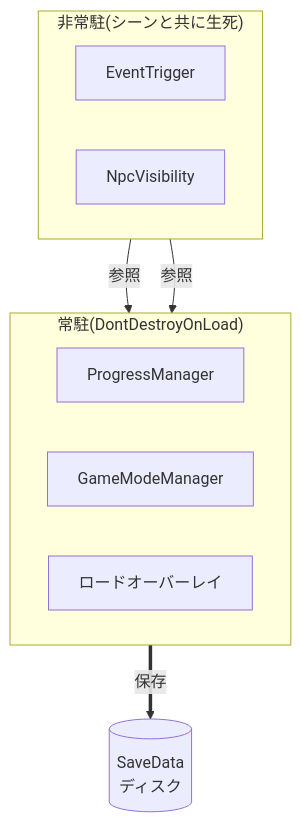
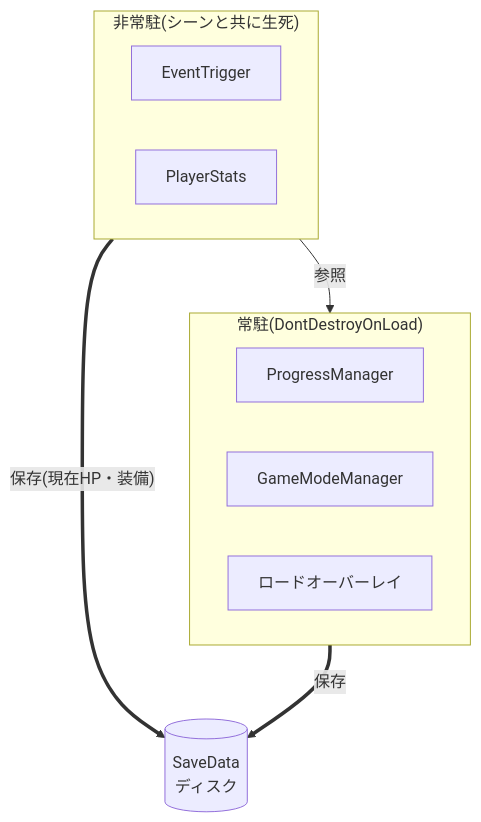
Before and after one commit to CreativeAI2026/documents: the second of 2 diagrams in GameSystems.md, drawn with Mermaid. The commit also changed other lines of this file, not shown here.

Commit message:
ゲームシステム索引を更新: 食材はHP即時回復のみ・調合の基本アイテム数/完全オフライン化・PlayerStats非常駐・NPC配置参照を削除

````diff
--- a/GameSystems.md
+++ b/GameSystems.md
@@ -190,21 +219,21 @@
 ```mermaid
 flowchart TB
     subgraph resident["常駐(DontDestroyOnLoad)"]
         direction LR
         PM["ProgressManager"]
         GMM["GameModeManager"]
         LO["ロードオーバーレイ"]
     end
 
     subgraph scene["非常駐(シーンと共に生死)"]
         direction LR
         ET["EventTrigger"]
-        NPC["NpcVisibility"]
+        PS["PlayerStats"]
     end
 
     disk[("SaveData<br/>ディスク")]
 
     ET -->|参照| PM
-    NPC -->|参照| PM
     PM ==>|保存| disk
+    PS ==>|"保存(現在HP・装備)"| disk
 ```
````
